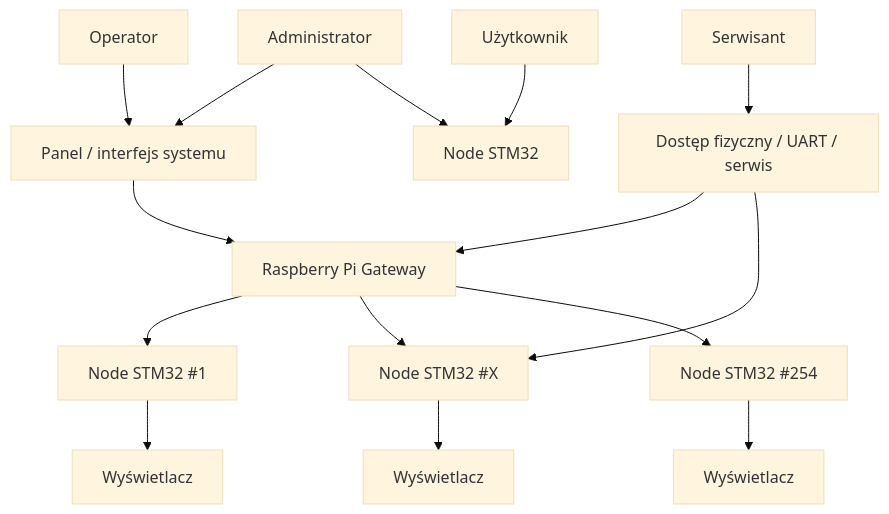
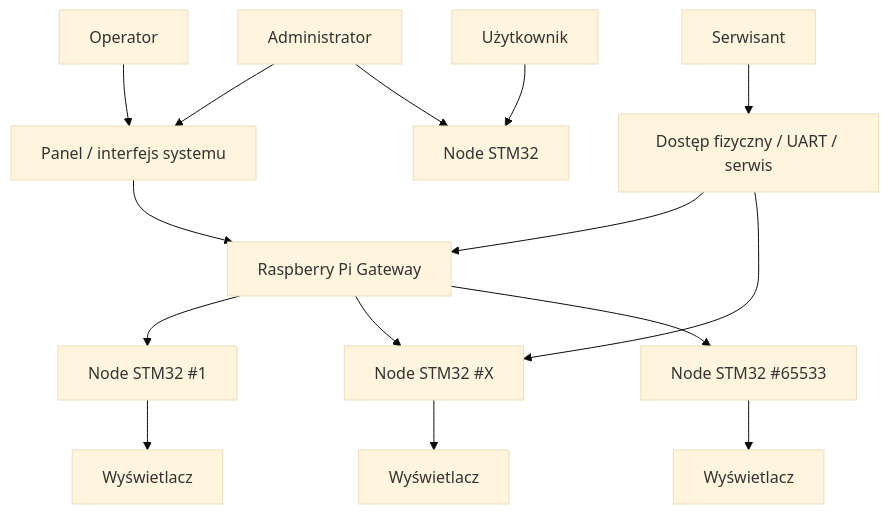
One commit to MikolajDrozdz/BEKO changed the first of 5 diagrams in README.md. Above: the diagram before and after it, drawn with Mermaid (base theme). The commit also changed other lines of this file and 14 other files, not shown here.

`````diff
--- a/README.md
+++ b/README.md
@@ -271,23 +271,23 @@
 ```mermaid
 graph TD
     A["Administrator"] --> WEB["Panel / interfejs systemu"]
     O["Operator"] --> WEB
     U["Użytkownik"] --> NODE["Node STM32"]
     A --> NODE
     S["Serwisant"] --> DEV["Dostęp fizyczny / UART / serwis"]
 
     WEB --> GW["Raspberry Pi Gateway"]
 
     GW --> N1["Node STM32 #1"]
     GW --> N2["Node STM32 #X"]
-    GW --> N3["Node STM32 #254"]
+    GW --> N3["Node STM32 #65533"]
 
     N1 --> UI1["Wyświetlacz"]
 
     N2 --> UI2["Wyświetlacz"]
 
     N3 --> UI3["Wyświetlacz"]
 
     DEV --> GW
     DEV --> N2
 ````
`````
